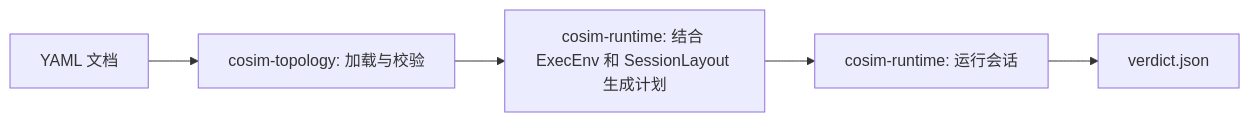
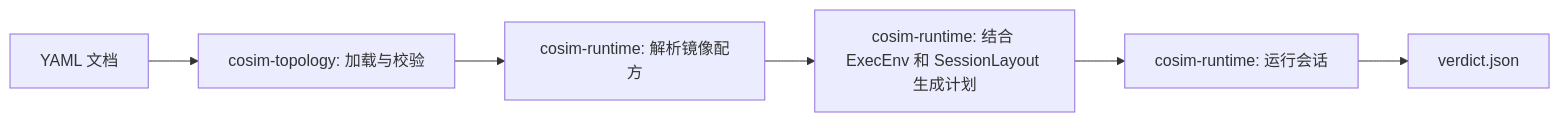
The first of 3 diagrams in docs/zh/topology.md (chengchen512/cosim-gpu), drawn with Mermaid before and after one commit. The commit also changed other lines of this file and 98 other files, not shown here.

````diff
--- a/docs/zh/topology.md
+++ b/docs/zh/topology.md
@@ -13,7 +13,8 @@
 ```mermaid
 flowchart LR
     Y[YAML 文档] --> T[cosim-topology: 加载与校验]
-    T --> P[cosim-runtime: 结合 ExecEnv 和 SessionLayout 生成计划]
+    T --> I[cosim-runtime: 解析镜像配方]
+    I --> P[cosim-runtime: 结合 ExecEnv 和 SessionLayout 生成计划]
     P --> R[cosim-runtime: 运行会话]
     R --> V[verdict.json]
 ```
````
